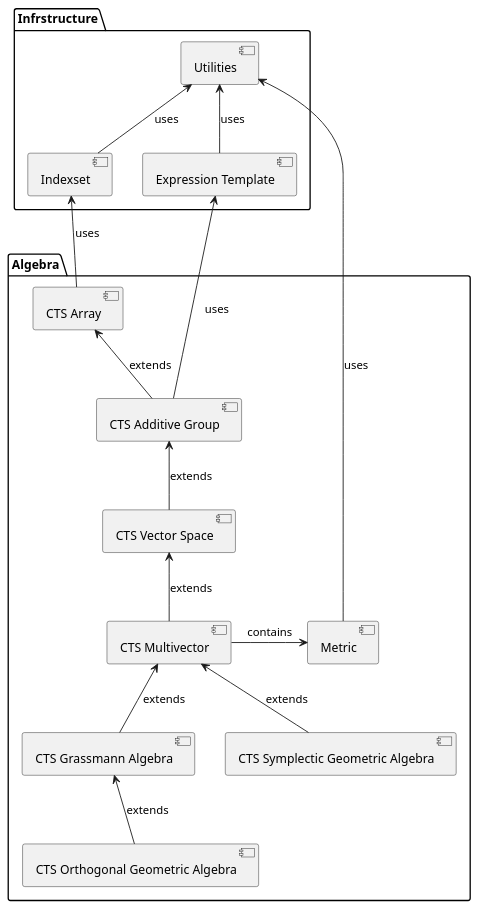
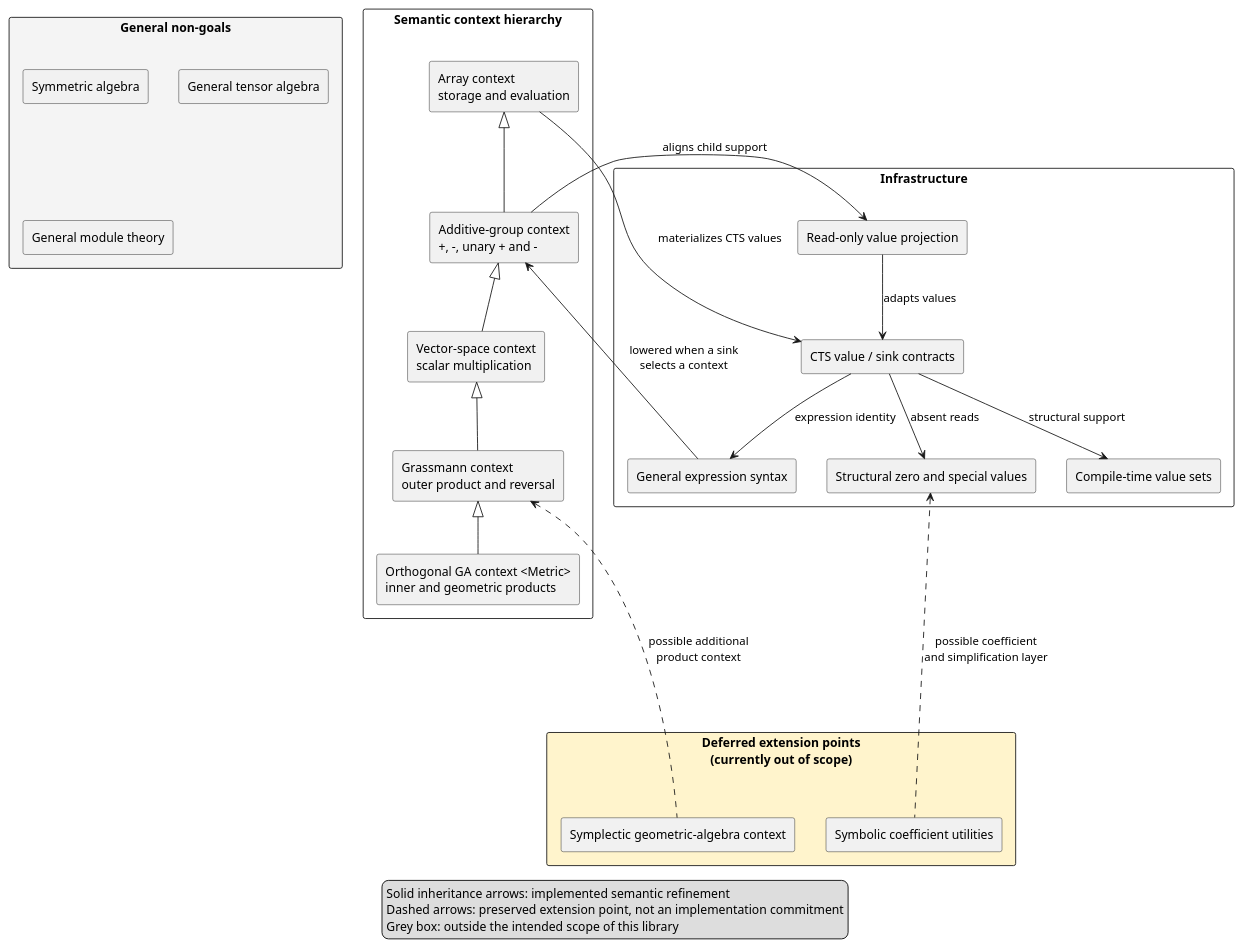
Before and after one commit to koraxkorakos/et: the diagram in Context/Static/03-architecture.md, drawn with PlantUML. The commit also changed other lines of this file and 37 other files, not shown here.

````diff
--- a/Context/Static/03-architecture.md
+++ b/Context/Static/03-architecture.md
@@ -34,21 +25,56 @@
 ```plantuml
- @startuml
-folder Infrstructure {
-  [Expression Template] -up-> [Utilities]  : uses
-  [Indexset] -up-> [Utilities]  : uses
+@startuml
+skinparam componentStyle rectangle
+skinparam packageStyle rectangle
+
+package "Infrastructure" {
+  [General expression syntax] as Syntax
+  [Compile-time value sets] as ValueSets
+  [Structural zero and special values] as SpecialValues
+  [CTS value / sink contracts] as Contracts
+  [Read-only value projection] as Projection
+
+  Contracts --> Syntax : expression identity
+  Contracts --> ValueSets : structural support
+  Contracts --> SpecialValues : absent reads
+  Projection --> Contracts : adapts values
 }
 
-folder Algebra {
-[Metric] -up-> [Utilities]  : uses
-[CTS Array] -up-> [Indexset]  : uses
-[CTS Additive Group] -up-> [Expression Template]  : uses
-[CTS Additive Group] -up-> [CTS Array]  : extends
-[CTS Vector Space] -up-> [CTS Additive Group]  : extends
-[CTS Multivector] -right-> [Metric]  : contains
-[CTS Multivector] -up-> [CTS Vector Space]  : extends
-[CTS Grassmann Algebra] -up-> [CTS Multivector]  : extends
-[CTS Orthogonal Geometric Algebra] -up-> [CTS Grassmann Algebra]  : extends
-[CTS Symplectic Geometric Algebra] -up-> [CTS Multivector]  : extends
+package "Semantic context hierarchy" {
+  [Array context\nstorage and evaluation] as Array
+  [Additive-group context\n+, -, unary + and -] as Additive
+  [Vector-space context\nscalar multiplication] as VectorSpace
+  [Grassmann context\nouter product and reversal] as Grassmann
+  [Orthogonal GA context <Metric>\ninner and geometric products] as Orthogonal
+
+  Additive -up-|> Array
+  VectorSpace -up-|> Additive
+  Grassmann -up-|> VectorSpace
+  Orthogonal -up-|> Grassmann
 }
+
+Syntax --> Additive : lowered when a sink\nselects a context
+Array --> Contracts : materializes CTS values
+Additive --> Projection : aligns child support
+
+package "Deferred extension points\n(currently out of scope)" #FFF4CC {
+  [Symplectic geometric-algebra context] as Symplectic
+  [Symbolic coefficient utilities] as Symbolic
+}
+
+Symplectic ..up..> Grassmann : possible additional\nproduct context
+Symbolic ..up..> SpecialValues : possible coefficient\nand simplification layer
+
+package "General non-goals" #F4F4F4 {
+  [Symmetric algebra] as Symmetric
+  [General tensor algebra] as Tensor
+  [General module theory] as Modules
+}
+
+legend bottom
+  Solid inheritance arrows: implemented semantic refinement
+  Dashed arrows: preserved extension point, not an implementation commitment
+  Grey box: outside the intended scope of this library
+endlegend
 @enduml
 ```
````
